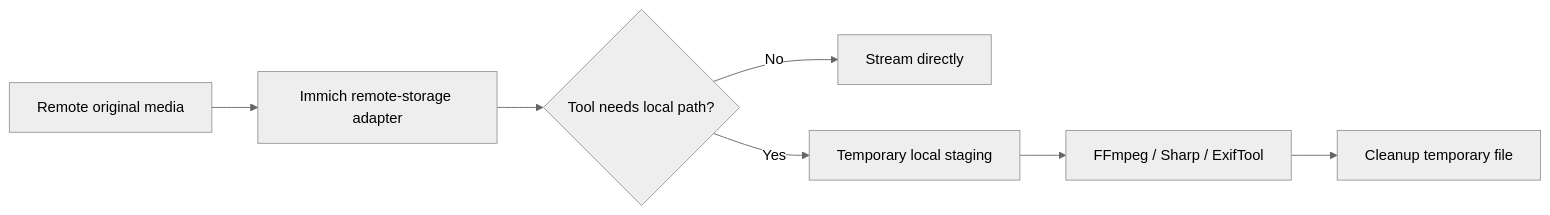
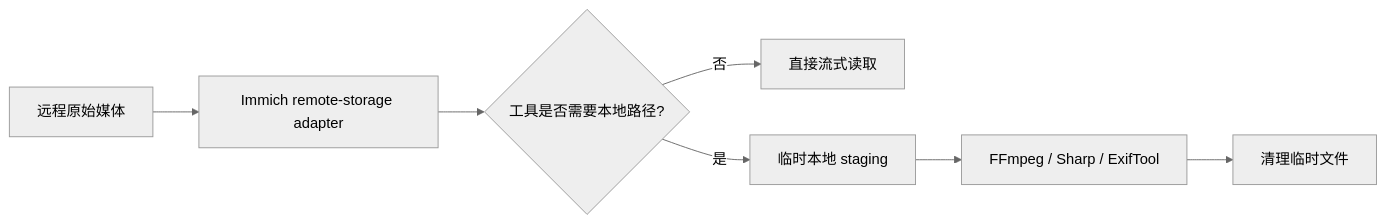
Before and after one commit to bowardzhang/immich: the fifth of 6 diagrams in storage-router/README.md, drawn with Mermaid (neutral theme). The commit also changed other lines of this file, not shown here.

Commit message:
docs: translate Storage Router guide to Chinese

````diff
--- a/storage-router/README.md
+++ b/storage-router/README.md
@@ -225,9 +231,9 @@
 ```mermaid
 flowchart LR
-    A[Remote original media] --> B[Immich remote-storage adapter]
-    B --> C{Tool needs local path?}
-    C -- No --> D[Stream directly]
-    C -- Yes --> E[Temporary local staging]
+    A[远程原始媒体] --> B[Immich remote-storage adapter]
+    B --> C{工具是否需要本地路径?}
+    C -- 否 --> D[直接流式读取]
+    C -- 是 --> E[临时本地 staging]
     E --> F[FFmpeg / Sharp / ExifTool]
-    F --> G[Cleanup temporary file]
+    F --> G[清理临时文件]
 ```
````
